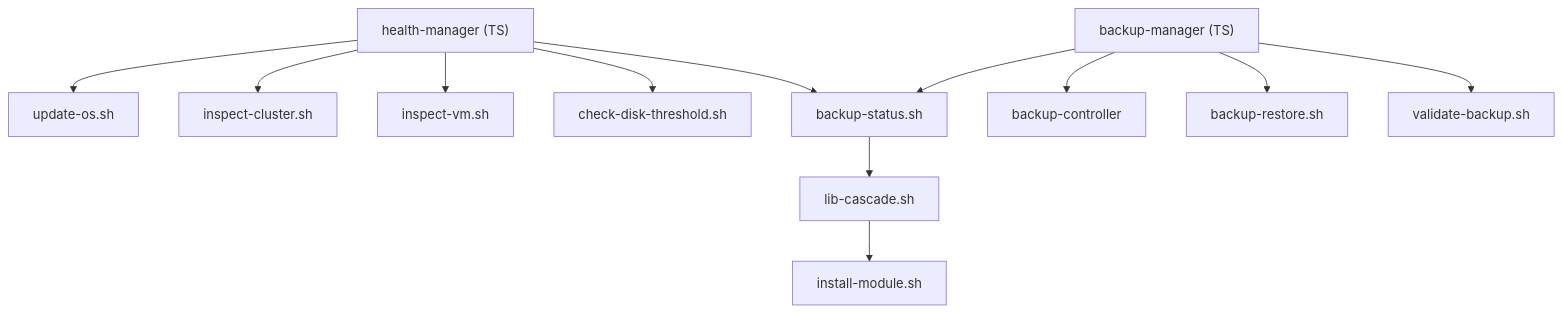
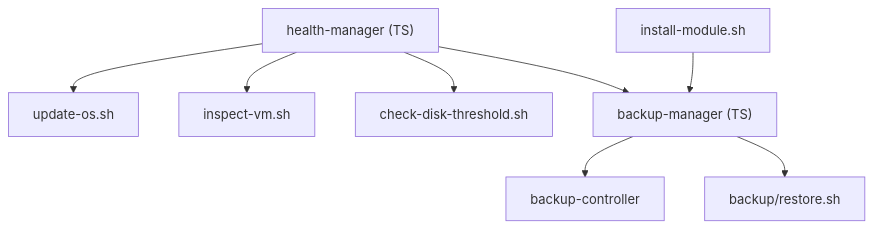
Before and after one commit to TAPPaaS/TAPPaaS: the fifth of 6 diagrams in src/foundation/DEPENDENCIES.md, drawn with Mermaid. The commit also changed other lines of this file and 70 other files, not shown here.

````diff
--- a/src/foundation/DEPENDENCIES.md
+++ b/src/foundation/DEPENDENCIES.md
@@ -293,14 +288,10 @@
 ```mermaid
 graph TD
     HM["health-manager (TS)"] --> UOS["update-os.sh"]
-    HM --> IC["inspect-cluster.sh"]
     HM --> IV["inspect-vm.sh"]
     HM --> CDT["check-disk-threshold.sh"]
-    HM --> BS["backup-status.sh"]
-    BM["backup-manager (TS)"] --> BC["backup-controller"]
-    BM --> BS
-    BM --> BR["backup-restore.sh"]
-    BM --> VB["validate-backup.sh"]
-    BS --> LC["lib-cascade.sh"]
-    LC --> IM["install-module.sh"]
+    HM --> BM["backup-manager (TS)"]
+    BM --> BC["backup-controller"]
+    BM --> FR["backup/restore.sh"]
+    IM["install-module.sh"] --> BM
 ```
````
